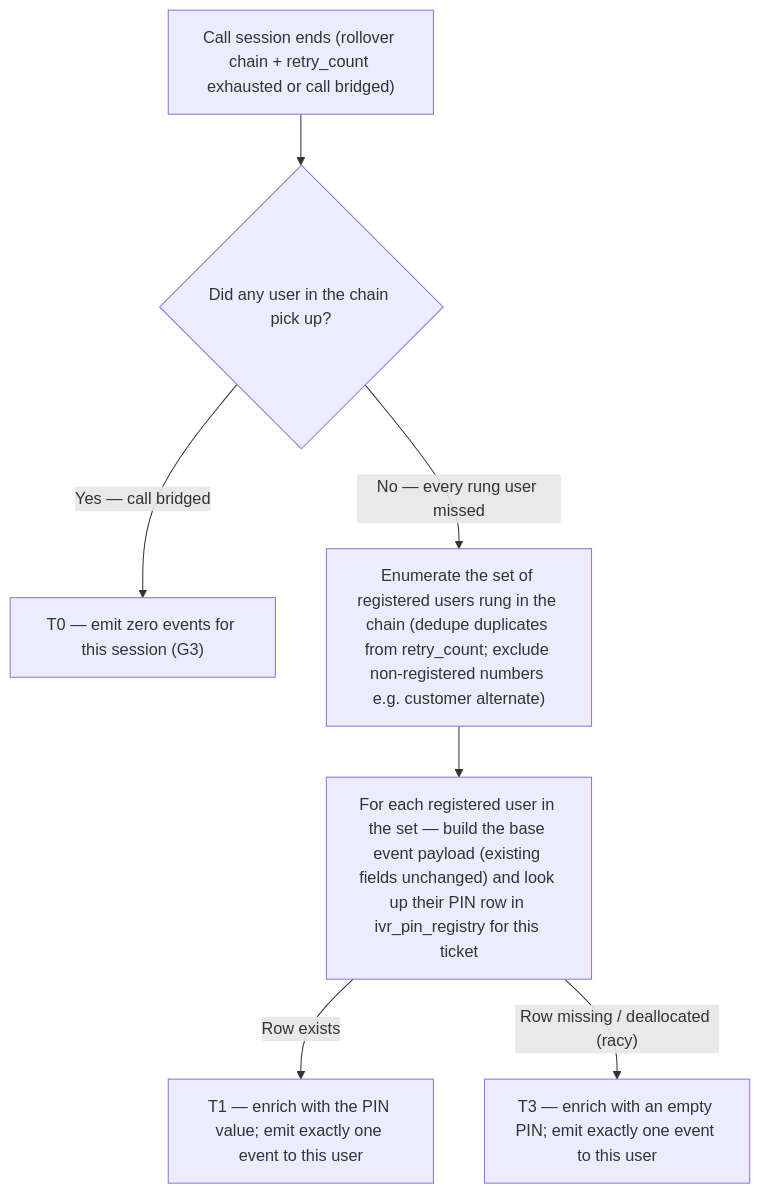
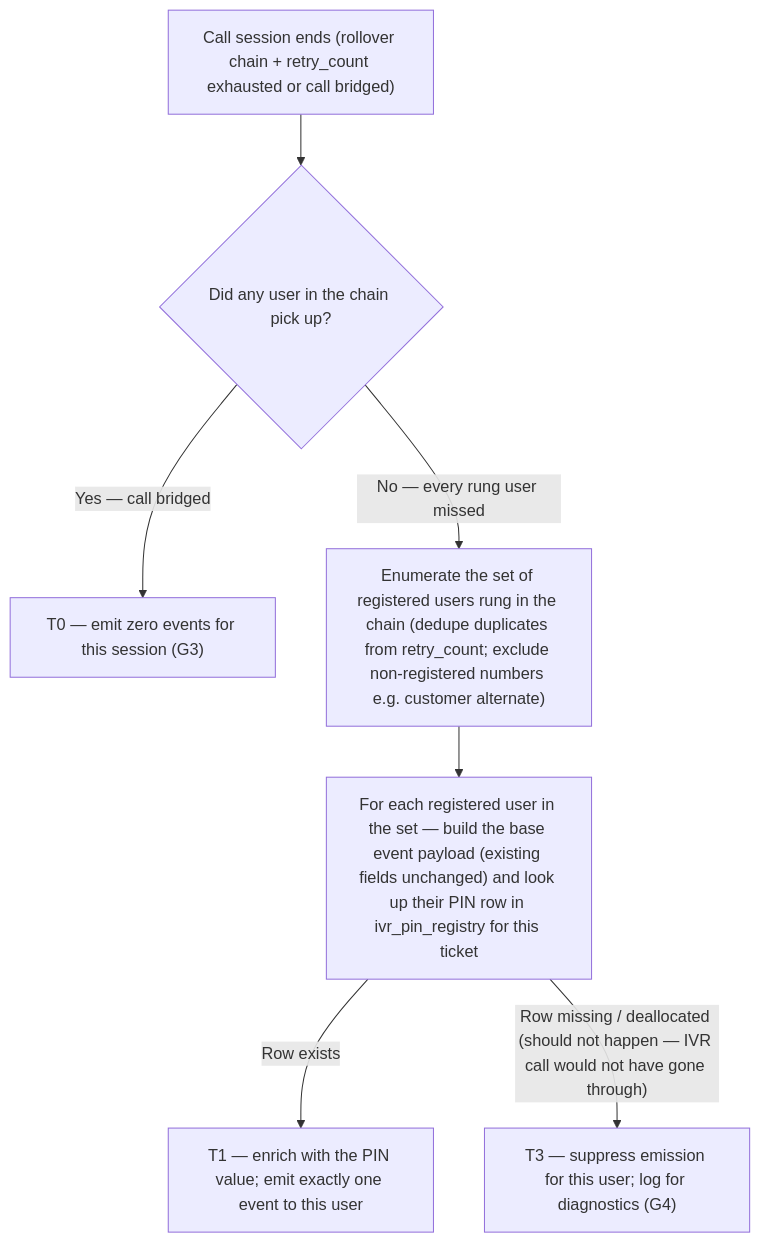
The diagram in IVR_Missed_Call_Alert_PIN_PRD.md (ashish-raj-wiom/ivr-missed-call-alert-pin-prd), drawn with Mermaid before and after one commit. The commit also changed other lines of this file, not shown here.

````diff
--- a/IVR_Missed_Call_Alert_PIN_PRD.md
+++ b/IVR_Missed_Call_Alert_PIN_PRD.md
@@ -62,9 +63,9 @@
 ```mermaid
 flowchart TD
     A["Call session ends (rollover chain + retry_count exhausted or call bridged)"] --> B{"Did any user in the chain pick up?"}
     B -- "Yes — call bridged" --> Z["T0 — emit zero events for this session (G3)"]
     B -- "No — every rung user missed" --> C["Enumerate the set of registered users rung in the chain (dedupe duplicates from retry_count; exclude non-registered numbers e.g. customer alternate)"]
     C --> D["For each registered user in the set — build the base event payload (existing fields unchanged) and look up their PIN row in ivr_pin_registry for this ticket"]
     D -- "Row exists" --> E["T1 — enrich with the PIN value; emit exactly one event to this user"]
-    D -- "Row missing / deallocated (racy)" --> G["T3 — enrich with an empty PIN; emit exactly one event to this user"]
+    D -- "Row missing / deallocated (should not happen — IVR call would not have gone through)" --> G["T3 — suppress emission for this user; log for diagnostics (G4)"]
 ```
````
